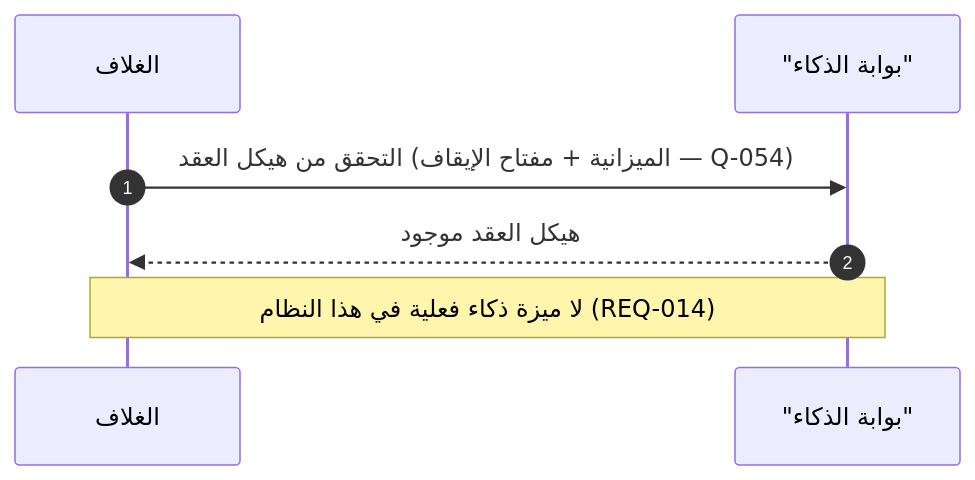
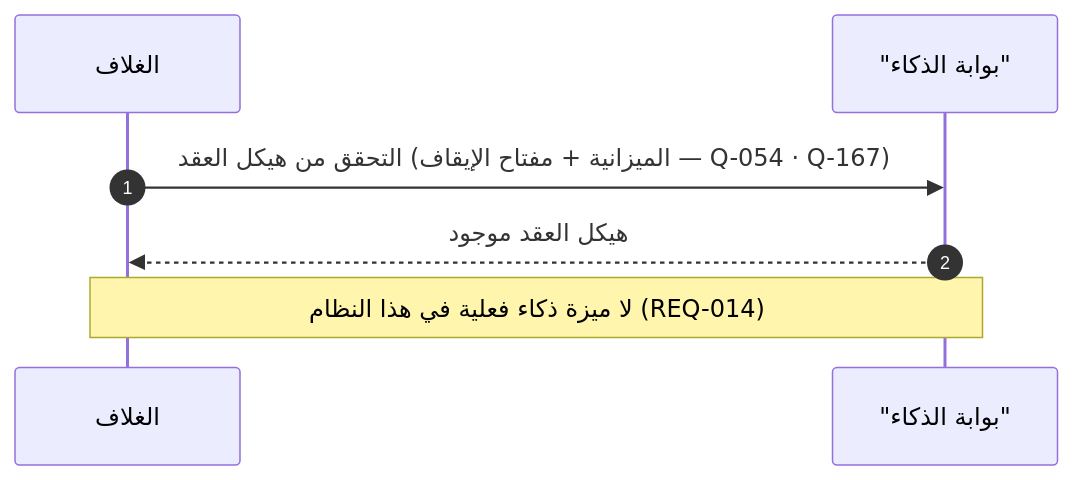
The eighth of 13 diagrams in docs/family-os/governance/phases/phase-1/S1-01-app-shell-and-platform/DIAGRAMS.md (Bassam-mohammed-alqaeadi/family-os-v2), drawn with Mermaid before and after one commit. The commit also changed other lines of this file and 3 other files, not shown here.

````diff
--- a/docs/family-os/governance/phases/phase-1/S1-01-app-shell-and-platform/DIAGRAMS.md
+++ b/docs/family-os/governance/phases/phase-1/S1-01-app-shell-and-platform/DIAGRAMS.md
@@ -268,9 +268,9 @@
 ```mermaid
 sequenceDiagram
     autonumber
     participant Shell as الغلاف
     participant AIGateway as "بوابة الذكاء"
-    Shell->>AIGateway: التحقق من هيكل العقد (الميزانية + مفتاح الإيقاف — Q-054)
+    Shell->>AIGateway: التحقق من هيكل العقد (الميزانية + مفتاح الإيقاف — Q-054 · Q-167)
     AIGateway-->>Shell: هيكل العقد موجود
     Note over Shell,AIGateway: لا ميزة ذكاء فعلية في هذا النظام (REQ-014)
 ```
````
